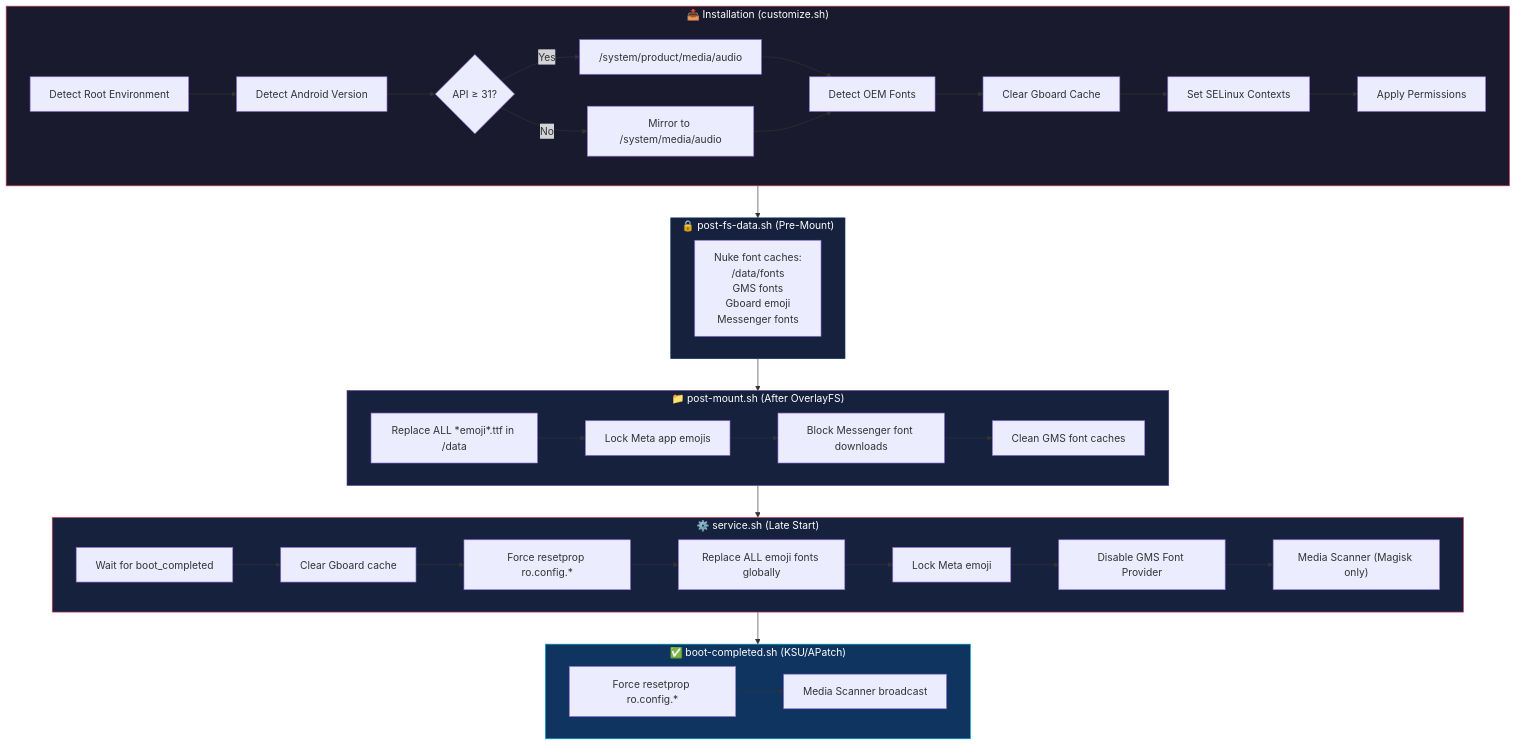
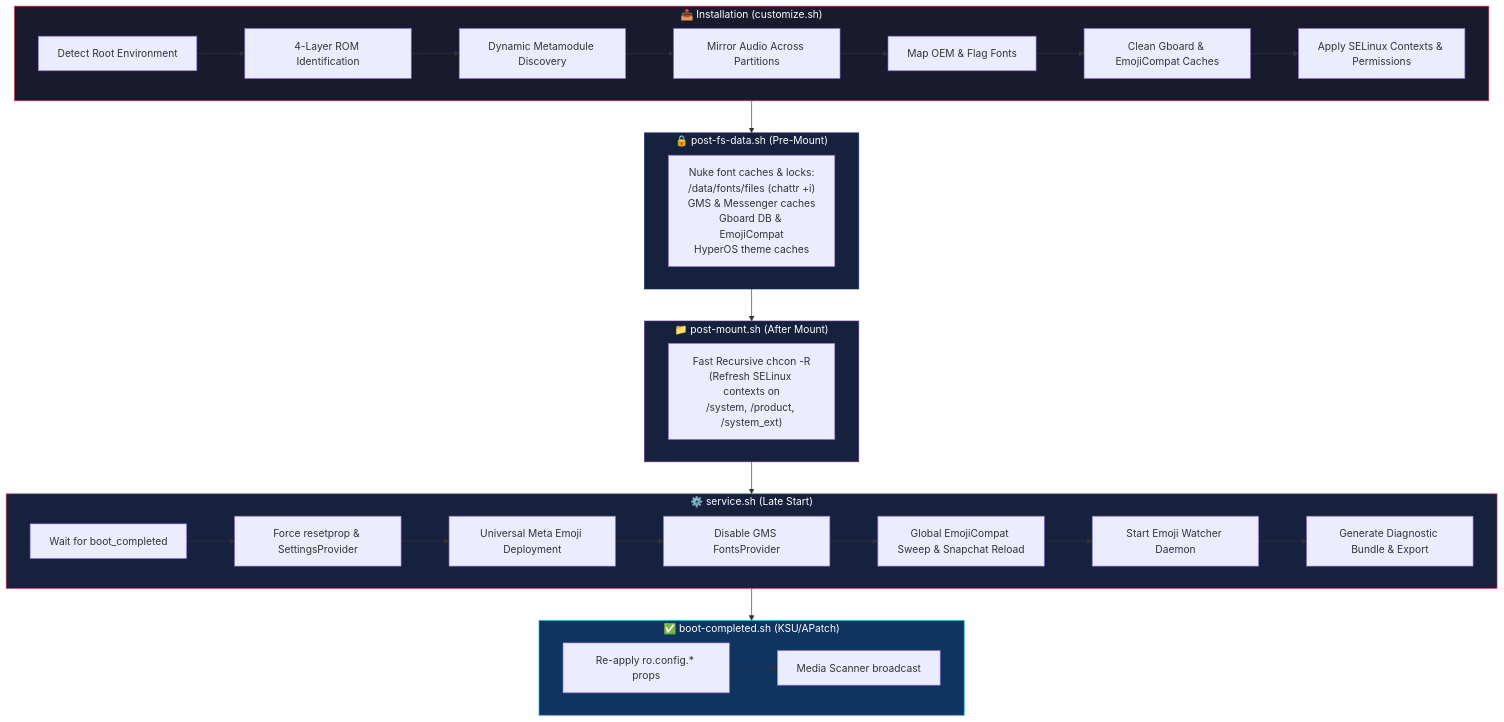
The first of 2 diagrams in README.md (antoniomalheirs/Sound_And_Emoji_IOS), drawn with Mermaid before and after one commit. The commit also changed other lines of this file, not shown here.

Commit message:
docs: audit and synchronize all README sections with current module architecture

````diff
--- a/README.md
+++ b/README.md
@@ -264,48 +260,43 @@
 ```mermaid
 graph TD
     subgraph INSTALL["📥 Installation (customize.sh)"]
-        I1[Detect Root Environment] --> I2[Detect Android Version]
-        I2 --> I3{API ≥ 31?}
-        I3 -- Yes --> I4["/system/product/media/audio"]
-        I3 -- No --> I5["Mirror to /system/media/audio"]
-        I4 --> I6[Detect OEM Fonts]
-        I5 --> I6
-        I6 --> I7[Clear Gboard Cache]
-        I7 --> I8[Set SELinux Contexts]
-        I8 --> I9[Apply Permissions]
+        I1[Detect Root Environment] --> I2[4-Layer ROM Identification]
+        I2 --> I3[Dynamic Metamodule Discovery]
+        I3 --> I4[Mirror Audio Across Partitions]
+        I4 --> I5[Map OEM & Flag Fonts]
+        I5 --> I6[Clean Gboard & EmojiCompat Caches]
+        I6 --> I7[Apply SELinux Contexts & Permissions]
     end
 
     subgraph BOOT1["🔒 post-fs-data.sh (Pre-Mount)"]
-        B1["Nuke font caches:<br/>/data/fonts<br/>GMS fonts<br/>Gboard emoji<br/>Messenger fonts"]
+        B1["Nuke font caches & locks:<br/>/data/fonts/files (chattr +i)<br/>GMS & Messenger caches<br/>Gboard DB & EmojiCompat<br/>HyperOS theme caches"]
     end
 
-    subgraph BOOT2["📁 post-mount.sh (After OverlayFS)"]
-        B2[Replace ALL *emoji*.ttf in /data] --> B3[Lock Meta app emojis]
-        B3 --> B4[Block Messenger font downloads]
-        B4 --> B5[Clean GMS font caches]
+    subgraph BOOT2["📁 post-mount.sh (After Mount)"]
+        B2["Fast Recursive chcon -R<br/>(Refresh SELinux contexts on<br/>/system, /product, /system_ext)"]
     end
 
     subgraph BOOT3["⚙️ service.sh (Late Start)"]
-        B6[Wait for boot_completed] --> B7[Clear Gboard cache]
-        B7 --> B8["Force resetprop ro.config.*"]
-        B8 --> B9[Replace ALL emoji fonts globally]
-        B9 --> B10[Lock Meta emoji]
-        B10 --> B11[Disable GMS Font Provider]
-        B11 --> B12["Media Scanner (Magisk only)"]
+        B3[Wait for boot_completed] --> B4[Force resetprop & SettingsProvider]
+        B4 --> B5[Universal Meta Emoji Deployment]
+        B5 --> B6[Disable GMS FontsProvider]
+        B6 --> B7[Global EmojiCompat Sweep & Snapchat Reload]
+        B7 --> B8[Start Emoji Watcher Daemon]
+        B8 --> B9[Generate Diagnostic Bundle & Export]
     end
 
     subgraph BOOT4["✅ boot-completed.sh (KSU/APatch)"]
-        B13["Force resetprop ro.config.*"] --> B14[Media Scanner broadcast]
+        B10["Re-apply ro.config.* props"] --> B11[Media Scanner broadcast]
     end
 
     INSTALL --> BOOT1
     BOOT1 --> BOOT2
     BOOT2 --> BOOT3
     BOOT3 --> BOOT4
 
     style INSTALL fill:#1a1a2e,stroke:#e94560,color:#fff
     style BOOT1 fill:#16213e,stroke:#0f3460,color:#fff
     style BOOT2 fill:#16213e,stroke:#533483,color:#fff
     style BOOT3 fill:#16213e,stroke:#e94560,color:#fff
     style BOOT4 fill:#0f3460,stroke:#00b4d8,color:#fff
 ```
````
